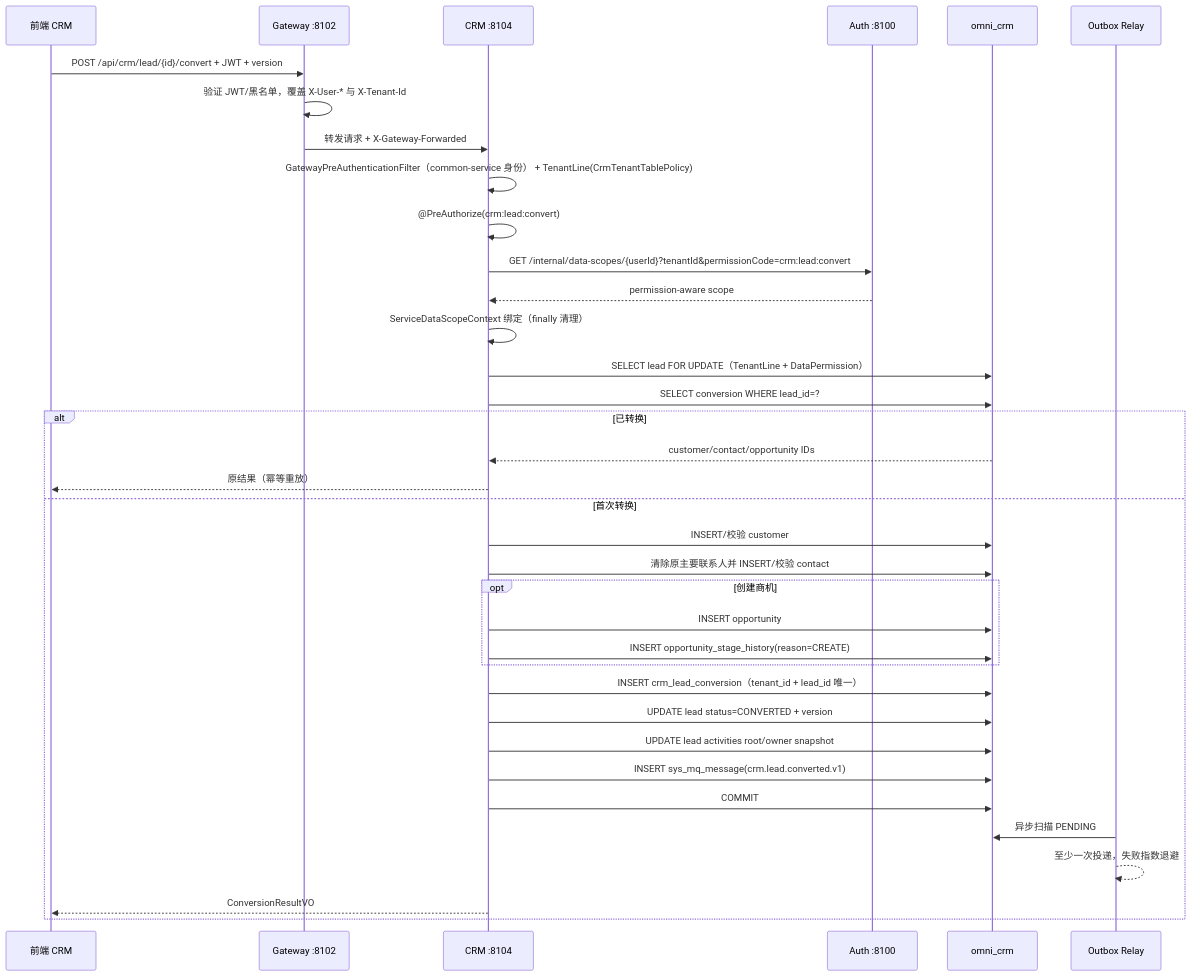
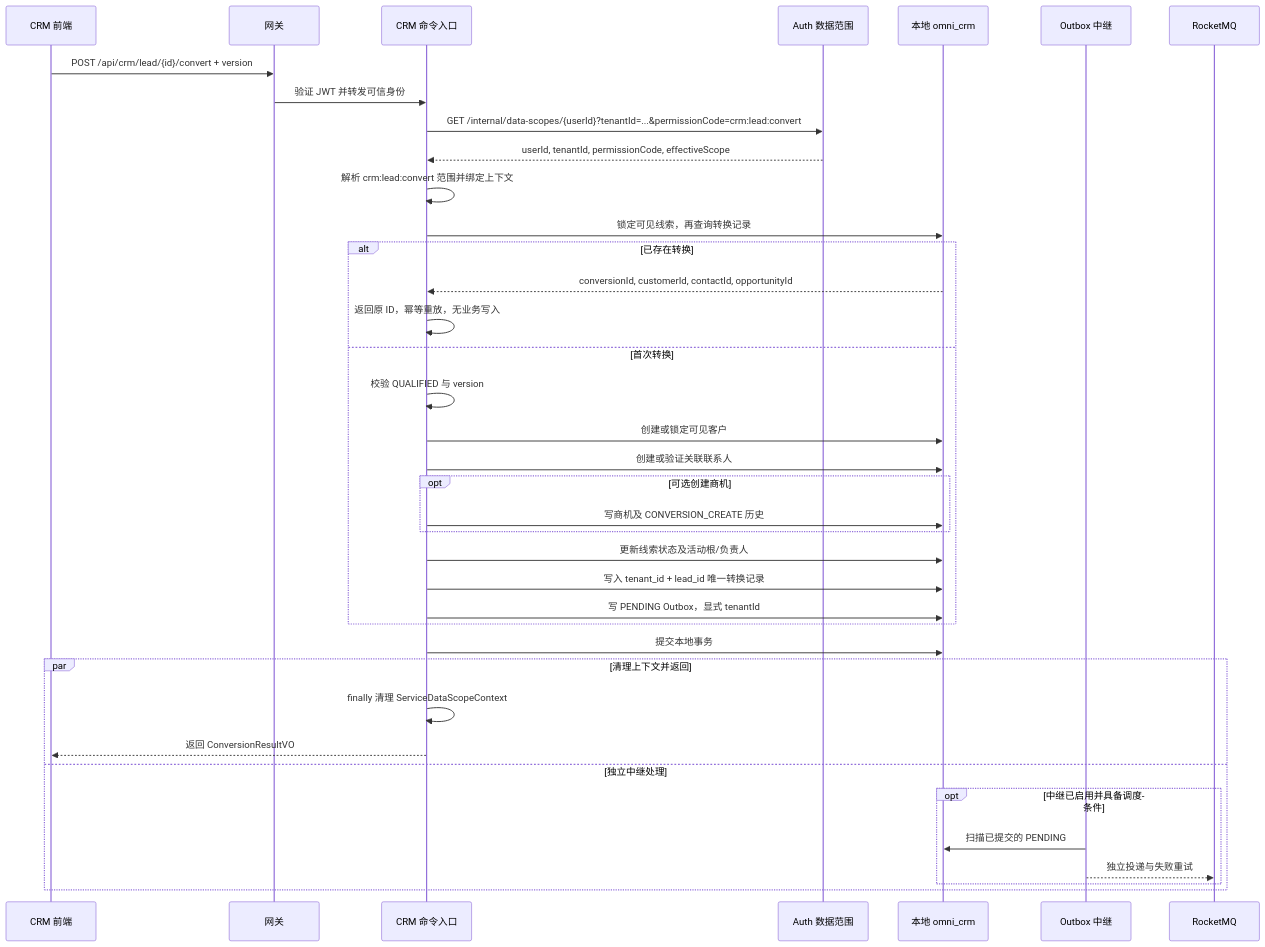
Diagram 14 of 21 in docs/core-flows.md (wang-baohai/Omni-Stack), drawn with Mermaid before and after one commit. The commit also changed other lines of this file and 1095 other files, not shown here.

````diff
--- a/docs/core-flows.md
+++ b/docs/core-flows.md
@@ -1518,39 +1230,40 @@
 ```mermaid
 sequenceDiagram
-    participant F as 前端 CRM
-    participant G as Gateway :8102
-    participant C as CRM :8104
-    participant A as Auth :8100
-    participant DB as omni_crm
-    participant MQ as Outbox Relay
-
-    F->>G: POST /api/crm/lead/{id}/convert + JWT + version
-    G->>G: 验证 JWT/黑名单，覆盖 X-User-* 与 X-Tenant-Id
-    G->>C: 转发请求 + X-Gateway-Forwarded
-    C->>C: GatewayPreAuthenticationFilter（common-service 身份） + TenantLine(CrmTenantTablePolicy)
-    C->>C: @PreAuthorize(crm:lead:convert)
-    C->>A: GET /internal/data-scopes/{userId}?tenantId&permissionCode=crm:lead:convert
-    A-->>C: permission-aware scope
-    C->>C: ServiceDataScopeContext 绑定（finally 清理）
-    C->>DB: SELECT lead FOR UPDATE（TenantLine + DataPermission）
-    C->>DB: SELECT conversion WHERE lead_id=?
-    alt 已转换
-        DB-->>C: customer/contact/opportunity IDs
-        C-->>F: 原结果（幂等重放）
+    participant F as CRM 前端
+    participant G as 网关
+    participant C as CRM 命令入口
+    participant A as Auth 数据范围
+    participant D as 本地 omni_crm
+    participant R as Outbox 中继
+    participant Q as RocketMQ
+    F->>G: POST /api/crm/lead/{id}/convert + version
+    G->>C: 验证 JWT 并转发可信身份
+    C->>A: GET /internal/data-scopes/{userId}?tenantId=...&permissionCode=crm:lead:convert
+    A-->>C: userId, tenantId, permissionCode, effectiveScope
+    C->>C: 解析 crm:lead:convert 范围并绑定上下文
+    C->>D: 锁定可见线索，再查询转换记录
+    alt 已存在转换
+        D-->>C: conversionId, customerId, contactId, opportunityId
+        C->>C: 返回原 ID，幂等重放，无业务写入
     else 首次转换
-        C->>DB: INSERT/校验 customer
-        C->>DB: 清除原主要联系人并 INSERT/校验 contact
-        opt 创建商机
-            C->>DB: INSERT opportunity
-            C->>DB: INSERT opportunity_stage_history(reason=CREATE)
+        C->>C: 校验 QUALIFIED 与 version
+        C->>D: 创建或锁定可见客户
+        C->>D: 创建或验证关联联系人
+        opt 可选创建商机
+            C->>D: 写商机及 CONVERSION_CREATE 历史
         end
-        C->>DB: INSERT crm_lead_conversion（tenant_id + lead_id 唯一）
-        C->>DB: UPDATE lead status=CONVERTED + version
-        C->>DB: UPDATE lead activities root/owner snapshot
-        C->>DB: INSERT sys_mq_message(crm.lead.converted.v1)
-        C->>DB: COMMIT
-        MQ->>DB: 异步扫描 PENDING
-        MQ-->>MQ: 至少一次投递，失败指数退避
-        C-->>F: ConversionResultVO
+        C->>D: 更新线索状态及活动根/负责人
+        C->>D: 写入 tenant_id + lead_id 唯一转换记录
+        C->>D: 写 PENDING Outbox，显式 tenantId
+    end
+    C->>D: 提交本地事务
+    par 清理上下文并返回
+        C->>C: finally 清理 ServiceDataScopeContext
+        C-->>F: 返回 ConversionResultVO
+    and 独立中继处理
+        opt 中继已启用并具备调度条件
+            R->>D: 扫描已提交的 PENDING
+            R-->>Q: 独立投递与失败重试
+        end
     end
 ```
````
